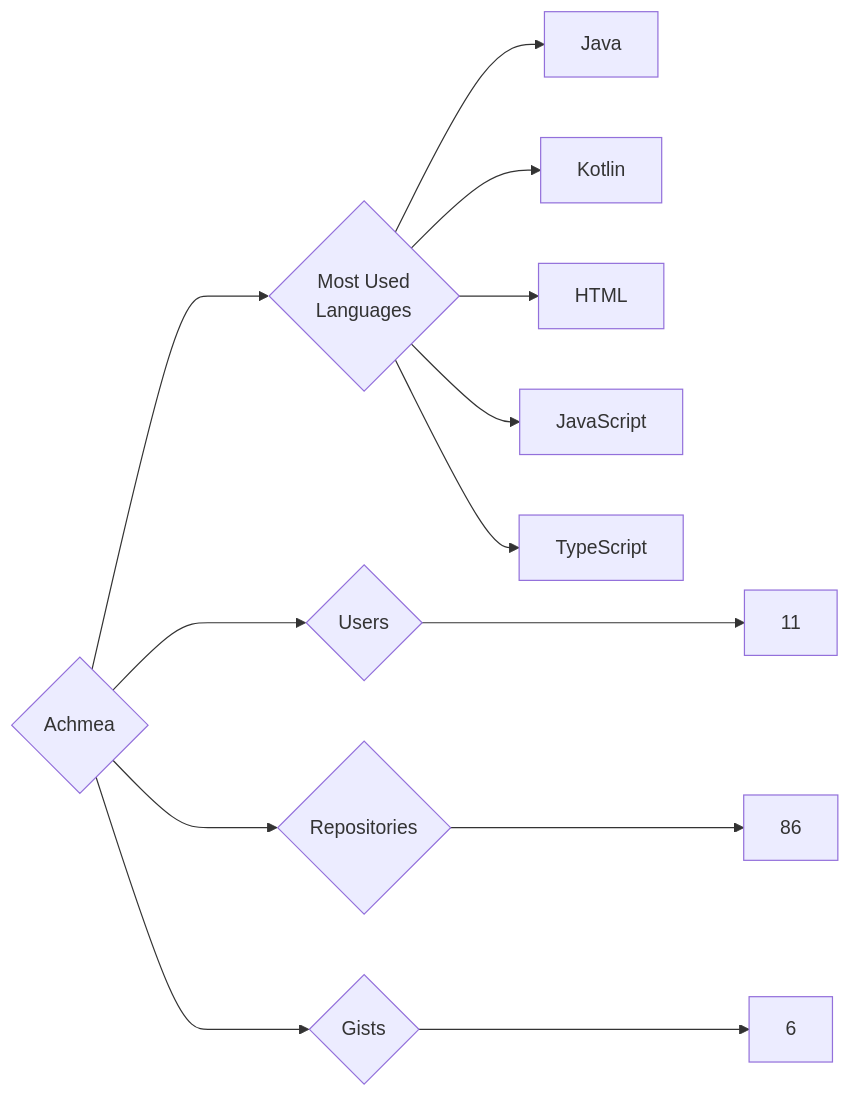
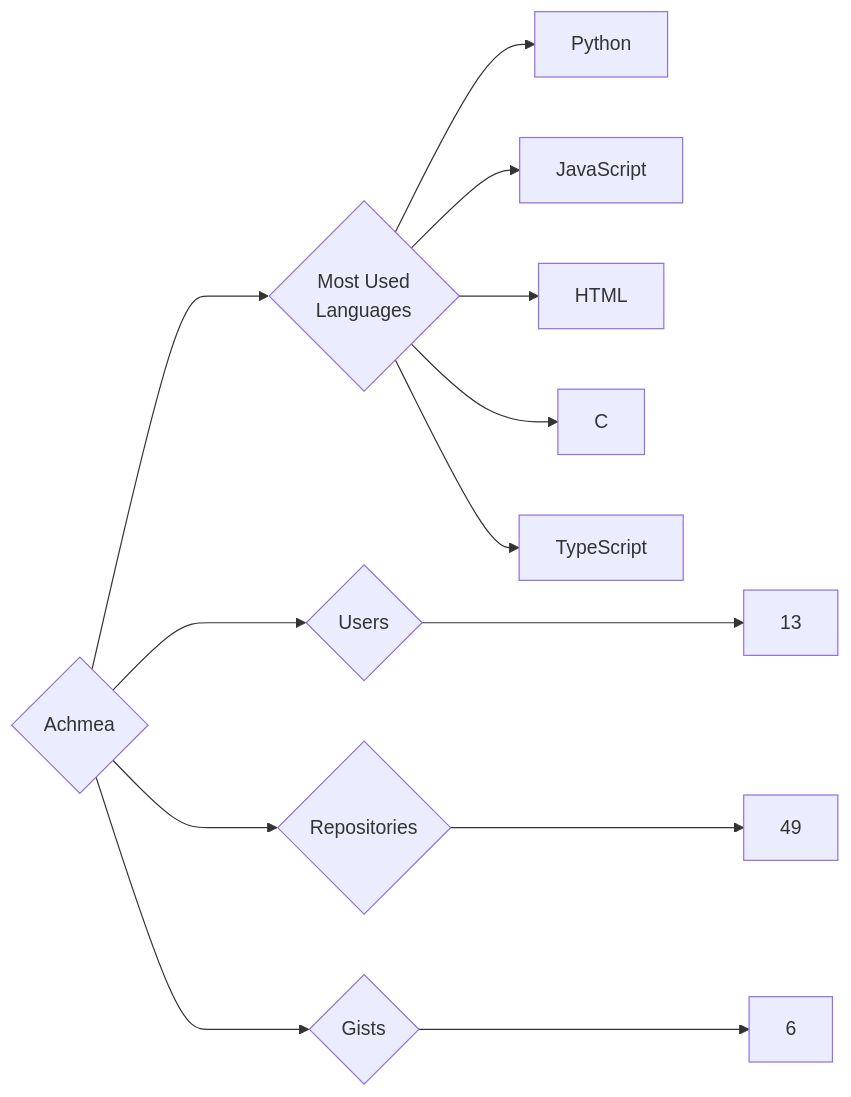
One commit to trickest/insiders changed the diagram in targets/Achmea/README.md. Above: the diagram before and after it, drawn with Mermaid. The commit also changed 752 other files, not shown here.

````diff
--- a/targets/Achmea/README.md
+++ b/targets/Achmea/README.md
@@ -3,13 +3,13 @@
 ```mermaid
 graph LR
 COMPANY_NAME{Achmea}
-COMPANY_NAME ---> U{Users} ---> UN[11]
-COMPANY_NAME ---> R{Repositories} ---> RN[86]
+COMPANY_NAME ---> U{Users} ---> UN[13]
+COMPANY_NAME ---> R{Repositories} ---> RN[49]
 COMPANY_NAME ---> G{Gists} ---> GN[6]
 COMPANY_NAME ---> ML{Most Used<br>Languages}
-ML --> Java[Java]
-ML --> Kotlin[Kotlin]
+ML --> Python[Python]
+ML --> JavaScript[JavaScript]
 ML --> HTML[HTML]
-ML --> JavaScript[JavaScript]
+ML --> C[C]
 ML --> TypeScript[TypeScript]
 ```
````
